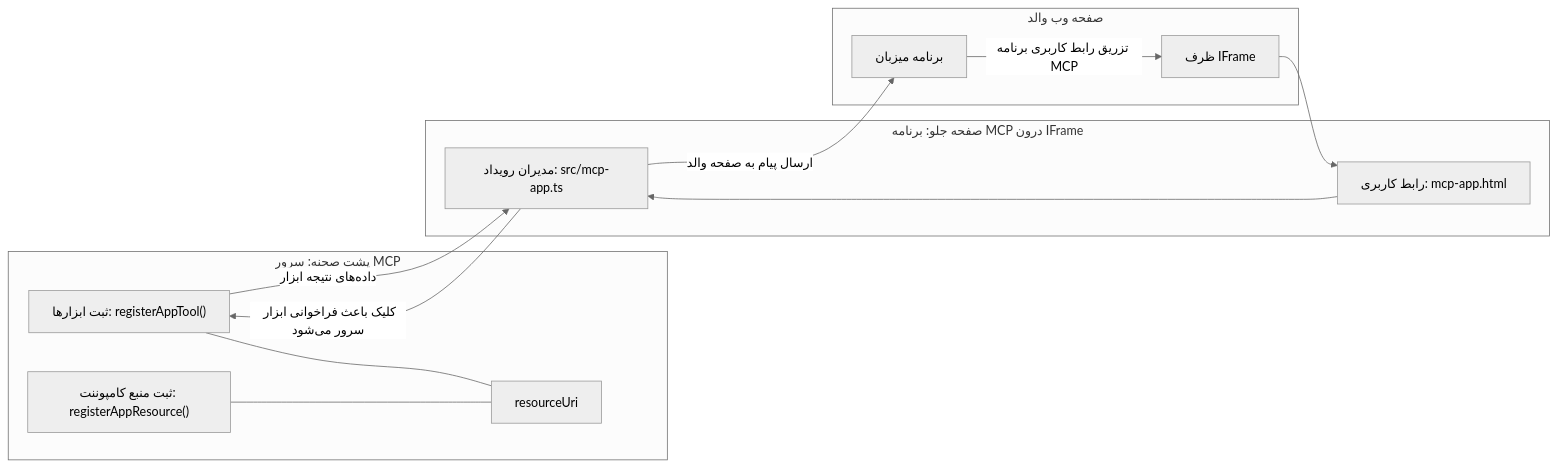
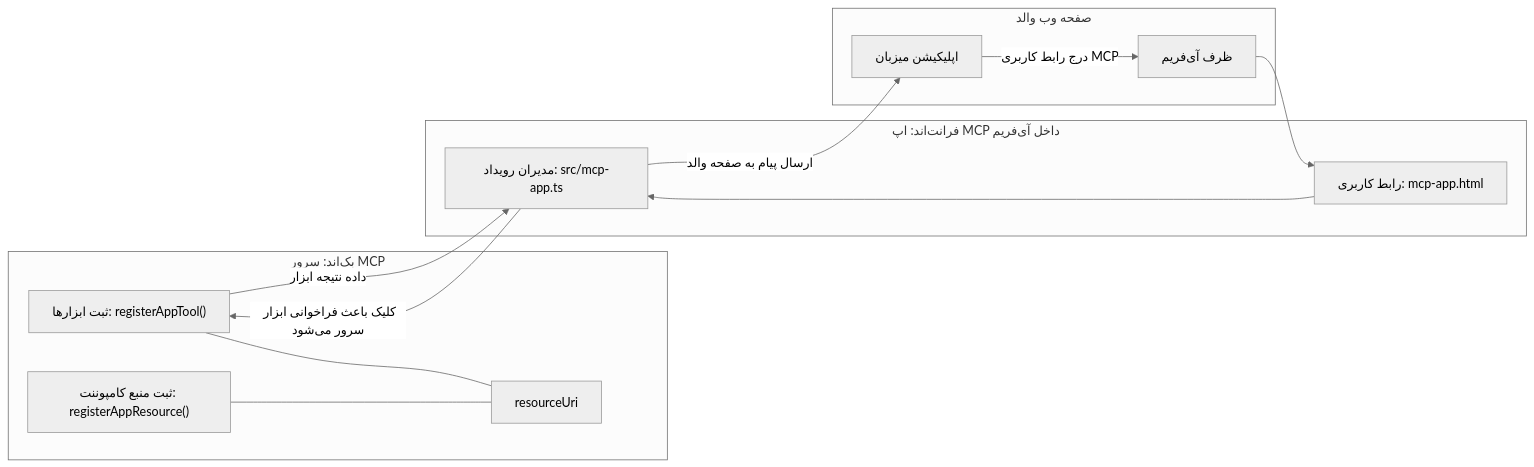
The diagram in mcp_ecosystem__model_context_protocol/mcp_learning_resources/mcp-for-beginners/translations/fa/03-GettingStarted/15-mcp-apps/README.md (HIDORAKAI002/ai-workspace-archive), drawn with Mermaid (neutral theme) before and after one commit. The commit also changed other lines of this file and 1160 other files, not shown here.

````diff
--- a/mcp_ecosystem__model_context_protocol/mcp_learning_resources/mcp-for-beginners/translations/fa/03-GettingStarted/15-mcp-apps/README.md
+++ b/mcp_ecosystem__model_context_protocol/mcp_learning_resources/mcp-for-beginners/translations/fa/03-GettingStarted/15-mcp-apps/README.md
@@ -32,27 +32,27 @@
 ```mermaid
 flowchart LR
-  subgraph Backend[پشت صحنه: سرور MCP]
+  subgraph Backend[بک‌اند: سرور MCP]
     T["ثبت ابزارها: registerAppTool()"]
     C["ثبت منبع کامپوننت: registerAppResource()"]
     U[resourceUri]
     T --- U
     C --- U
   end
 
   subgraph Parent[صفحه وب والد]
-    H[برنامه میزبان]
-    IFRAME[ظرف IFrame]
-    H -->|تزریق رابط کاربری برنامه MCP| IFRAME
+    H[اپلیکیشن میزبان]
+    IFRAME[ظرف آی‌فریم]
+    H -->|درج رابط کاربری MCP| IFRAME
   end
 
-  subgraph Frontend[صفحه جلو: برنامه MCP درون IFrame]
+  subgraph Frontend[فرانت‌اند: اپ MCP داخل آی‌فریم]
     UI["رابط کاربری: mcp-app.html"]
     EH["مدیران رویداد: src/mcp-app.ts"]
     UI --> EH
   end
 
   IFRAME --> UI
   EH -->|کلیک باعث فراخوانی ابزار سرور می‌شود| T
-  T -->|داده‌های نتیجه ابزار| EH
+  T -->|داده نتیجه ابزار| EH
   EH -->|ارسال پیام به صفحه والد| H
 ```
````
